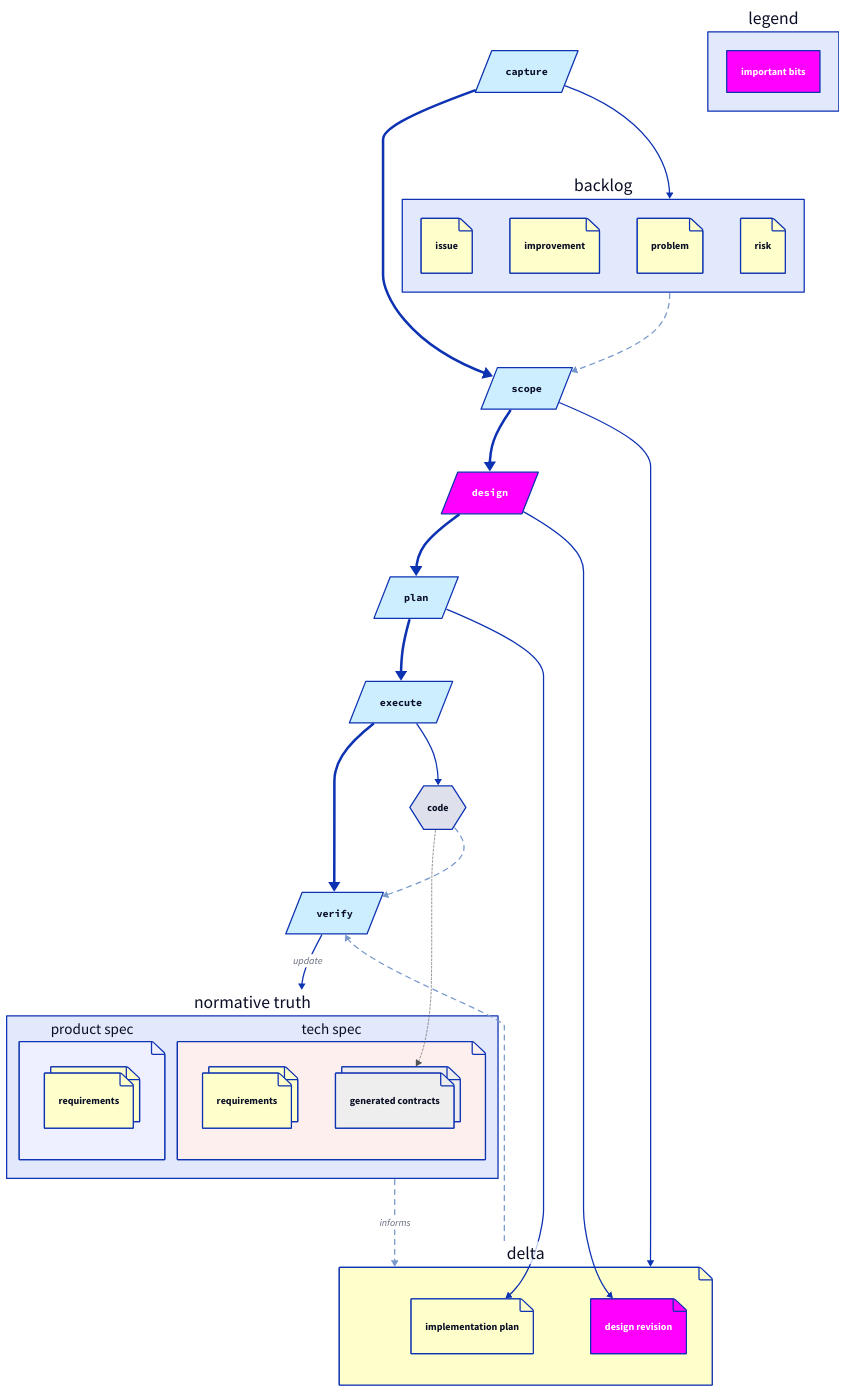
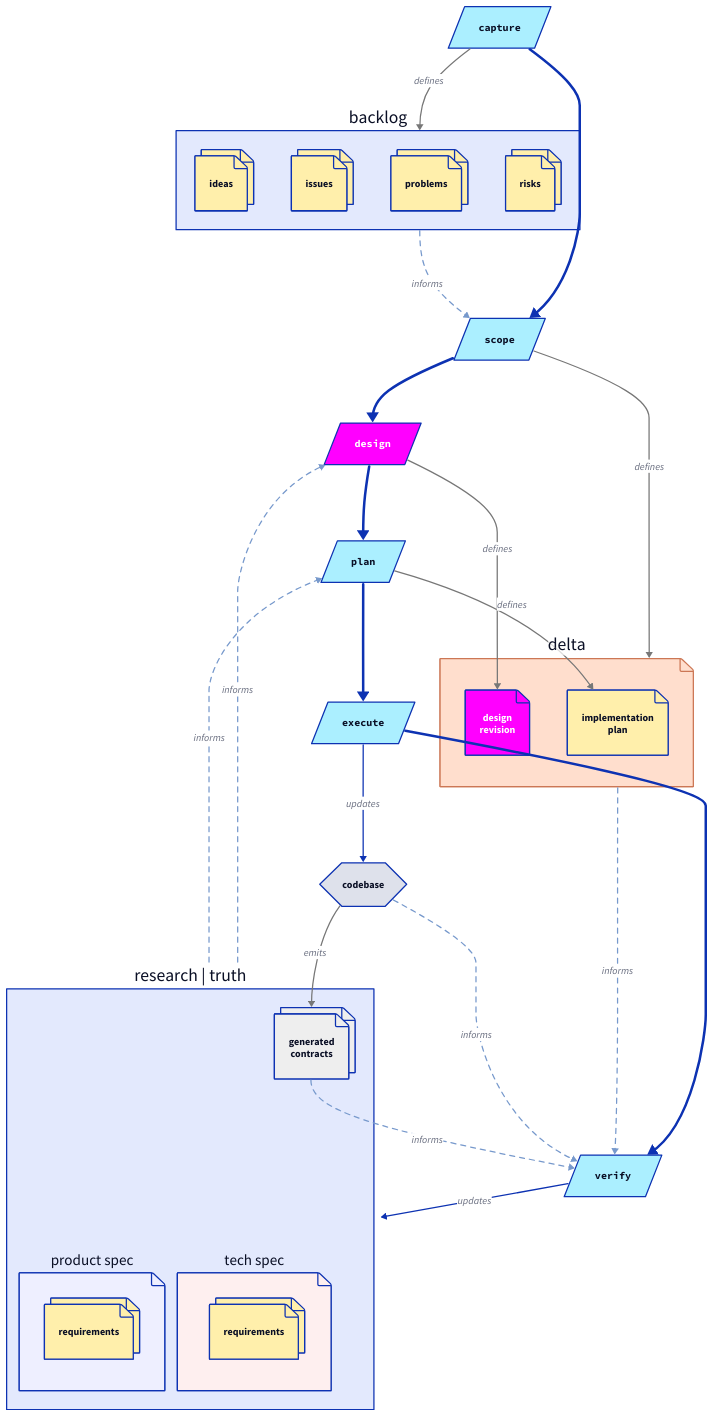
Before and after one commit to davidlee/spec-driver: the diagram in assets/process.d2, drawn with D2. The commit also changed 2 other files, not shown here.

```diff
--- a/assets/process.d2
+++ b/assets/process.d2
@@ -1,152 +1,178 @@
 classes: {
   important: {
     style: {
       fill: "#ff00ff"
       font-color: "#ffffff"
     }
   }
 
   process: {
     shape: parallelogram
     style: {
-      fill: "#cceeff"
+      fill: "#abefff"
       font: mono
       font-size: 16
     }
   }
 
   artifact: {
     shape: page
     style: {
-      fill: "#ffffcc"
+      fill: "#ffefab"
     }
   }
 
   critpath: {
     style: {
       stroke-width: 4
     }
   }
-
-  creates: {
+  emits: {
+    label: defines
     style: {
-      # stroke-dash: 2
-      # stroke: "#555555"
+      stroke: "#777777"
     }
   }
-
-  relates: {
+  updates: {
+    label: updates
+    style: {
+      # stroke: "#777777"
+    }
+  }
+  informs: {
+    label: informs
     style: {
       stroke-dash: 4
       stroke: "#7799cc"
     }
   }
-
-  generates: {
-    style: {
-      stroke-dash: 3
-      stroke-width: 1
-      stroke: "#555555"
+}
+# #
+# #
+vars: {
+  d2-legend: {
+    d: {
+      label: "the important part"
+      class: important
+      style: {
+        fill: "#ff00ff"
+        font-color: "#ffffff"
+      }
     }
   }
 }
 
 capture.class: process
 scope.class: process
 design: {
   class: process
   style: {
     fill: "#ff00ff"
     font-color: "#ffffff"
   }
 }
 plan.class: process
 execute.class: process
 verify.class: process
 
-legend: {
-  legend: {
-    label: "important bits"
-    class: important
-    style: {
-      fill: "#ff00ff"
-      font-color: "#ffffff"
-    }
-  }
-}
-
 delta: {
+  style.fill: "#ffdecd"
+  style.stroke: "#cc7755"
   class: artifact
 
   design_revision: {
     class: important
     shape: page
-    label: "design revision"
+    label: "design\nrevision"
   }
 
   implementation_plan: {
     class: artifact
-    label: "implementation plan"
+    label: "implementation\nplan"
+    # phases: {
+    #   style.multiple: true
+    #   class: artifact
+    # }
   }
 }
 
 research: {
-  label: "normative truth"
+  label: "research | truth"
   product_spec: {
     class: artifact
     label: "product spec"
     style.fill: "#eeefff"
     requirements: {
       style.multiple: true
       class: artifact
     }
   }
 
   tech_spec: {
     class: artifact
     label: "tech spec"
     style.fill: "#feefef"
     requirements: {
       style.multiple: true
       class: artifact
     }
+  }
 
-    contracts: {
-      class: artifact
-      label: "generated contracts"
-      style: {
-        fill: "#eeeeee"
-        multiple: true
-      }
+  contracts: {
+    class: artifact
+    label: "generated\ncontracts"
+    style: {
+      fill: "#eeeeee"
+      multiple: true
     }
   }
 }
-
-research -> delta: {class: relates; label: informs}
+research -> design: {class: informs}
+research -> plan: {class: informs}
 
 backlog: {
-  issue.class: artifact
-  improvement.class: artifact
-  problem.class: artifact
-  risk.class: artifact
+  ideas: {
+    style.multiple: true
+    class: artifact
+  }
+  issues: {
+    style.multiple: true
+    class: artifact
+  }
+  problems: {
+    style.multiple: true
+    class: artifact
+  }
+  risks: {
+    style.multiple: true
+    class: artifact
+  }
 }
+
+#
+# workflow
+#
 
 capture -> scope -> design -> plan -> execute -> verify: {class: critpath}
 
-capture -> backlog: {class: creates}
-backlog -> scope: {class: relates}
-scope -> delta: {class: creates}
-design -> delta.design_revision: {class: creates}
-plan -> delta.implementation_plan: {class: creates}
-execute -> code
-# verify -> audit
+capture -> backlog: {class: emits}
+backlog -> scope: {class: informs}
+scope -> delta: {class: emits}
+design -> delta.design_revision: {class: emits}
+plan -> delta.implementation_plan: {class: emits}
+execute -> code: {class: updates}
 
-code: {shape: hexagon}
-
-code -> research.tech_spec.contracts: {
-  class: generates
+code: {
+  label: codebase
+  shape: hexagon
 }
 
-delta -> verify: {class: relates}
-code -> verify: {class: relates}
-verify -> research: update
+code -> research.contracts: {
+  class: emits
+  label: emits
+}
+
+delta -> verify: {class: informs}
+code -> verify: {class: informs}
+verify -> research: {class: updates}
+research.contracts -> verify: {class: informs}
```
